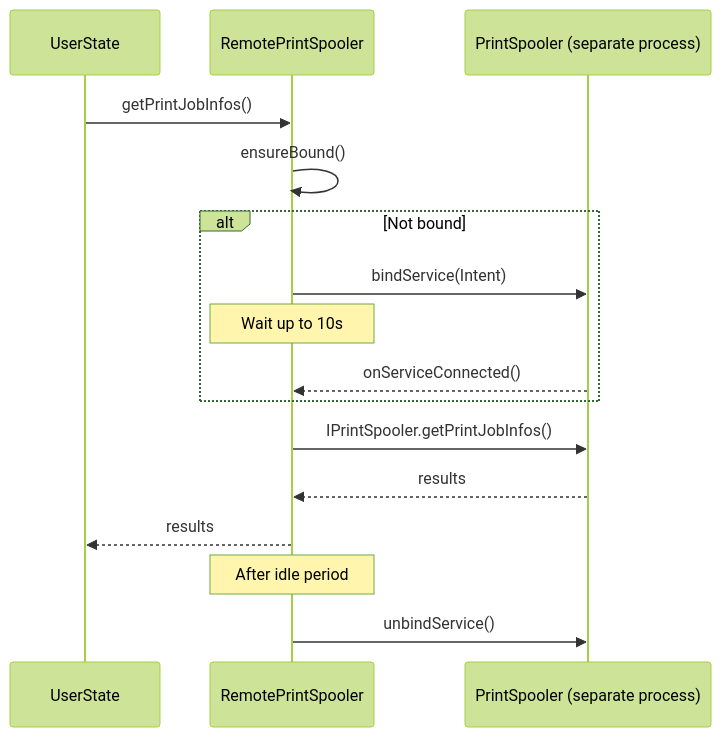
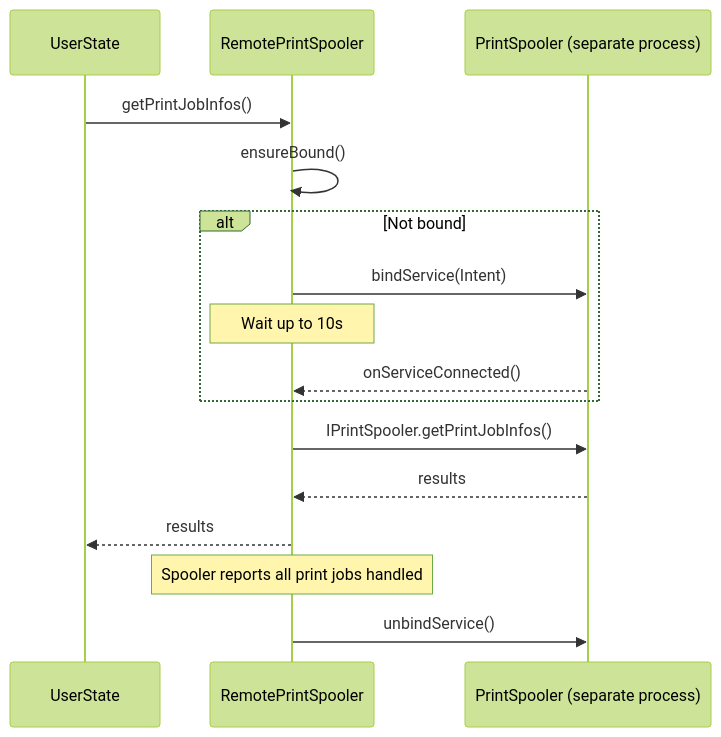
One commit to aospbooks/aosp-internal-book changed diagram 11 of 15 in agents/claude/skills/aosp-device-support/63-print-services.md. Above: the diagram before and after it, drawn with Mermaid (forest theme). The commit also changed other lines of this file and 218 other files, not shown here.

````diff
--- a/agents/claude/skills/aosp-device-support/63-print-services.md
+++ b/agents/claude/skills/aosp-device-support/63-print-services.md
@@ -944,22 +957,22 @@
 ```mermaid
 sequenceDiagram
     participant US as UserState
     participant RPS as RemotePrintSpooler
     participant SP as PrintSpooler (separate process)
 
     US->>RPS: getPrintJobInfos()
     RPS->>RPS: ensureBound()
 
     alt Not bound
         RPS->>SP: bindService(Intent)
         Note over RPS: Wait up to 10s
         SP-->>RPS: onServiceConnected()
     end
 
     RPS->>SP: IPrintSpooler.getPrintJobInfos()
     SP-->>RPS: results
     RPS-->>US: results
 
-    Note over RPS: After idle period
+    Note over RPS: Spooler reports all print jobs handled
     RPS->>SP: unbindService()
 ```
````
